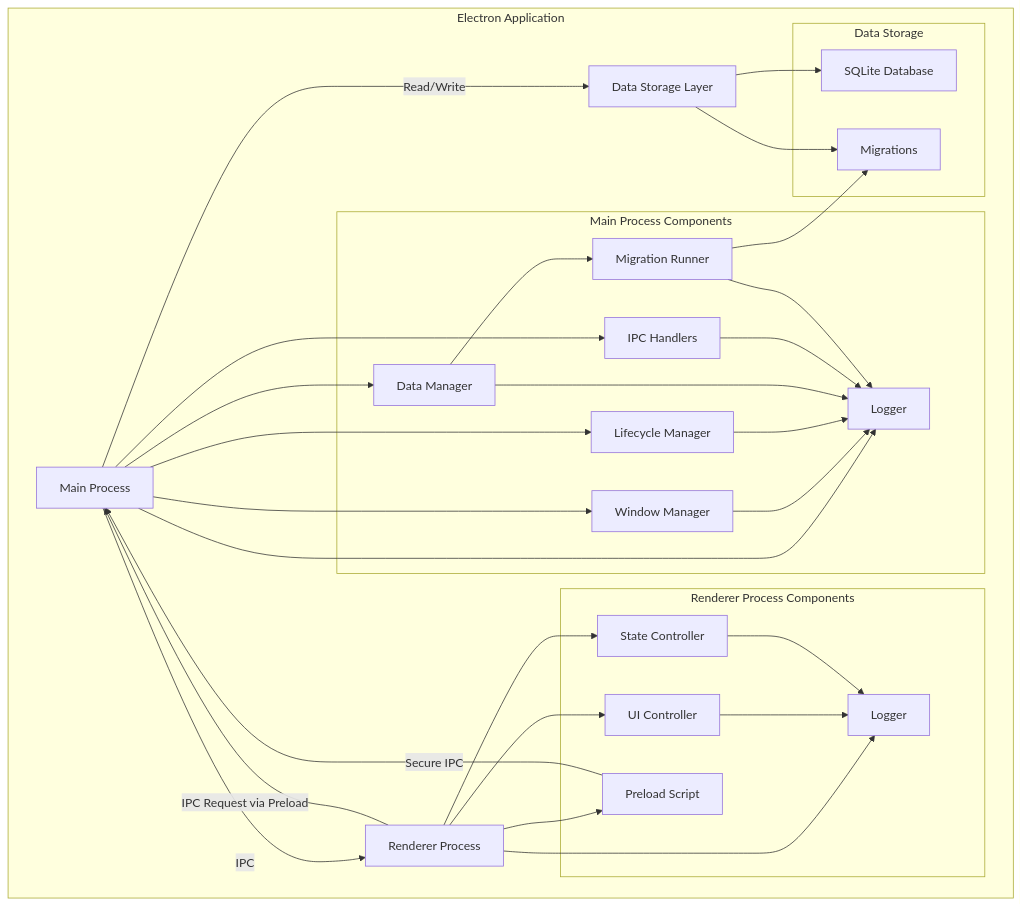
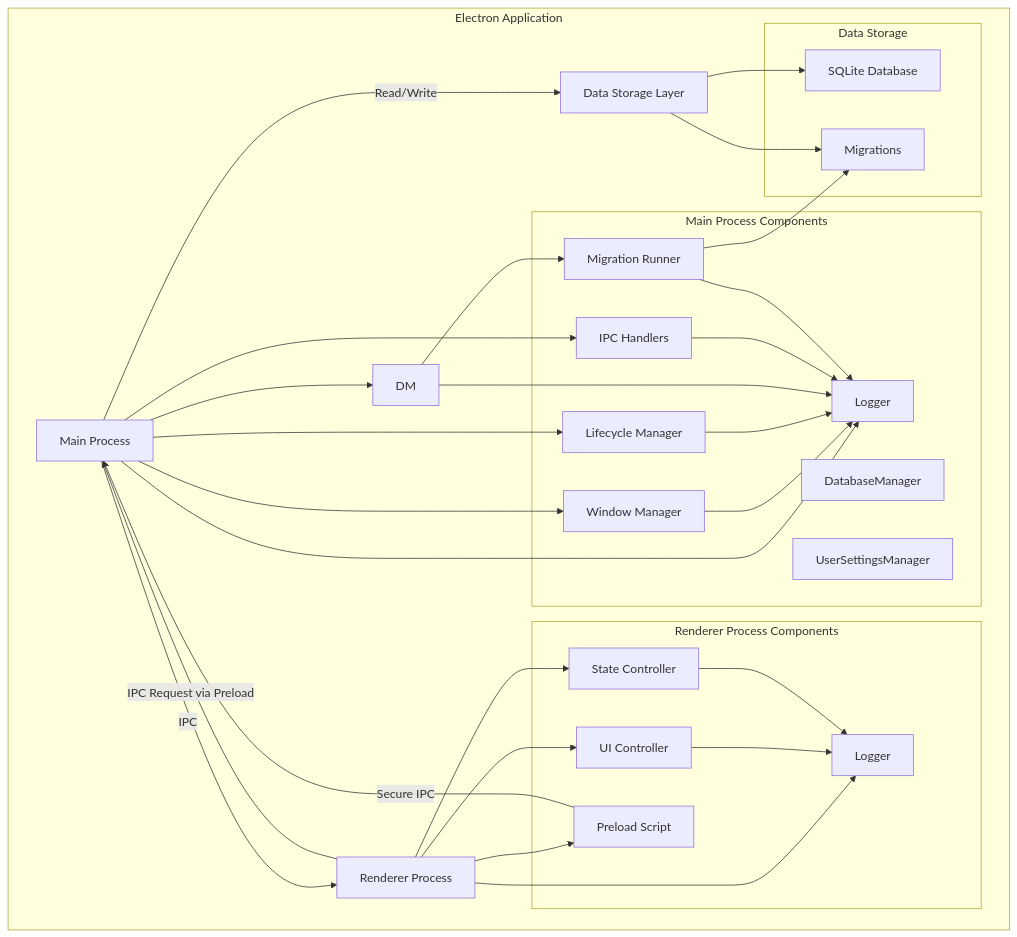
The diagram in .kiro/specs/clerkly/design.md (amogil/clerkly), drawn with Mermaid before and after one commit. The commit also changed other lines of this file and 260 other files, not shown here.

````diff
--- a/.kiro/specs/clerkly/design.md
+++ b/.kiro/specs/clerkly/design.md
@@ -46,55 +46,56 @@
 ```mermaid
 graph TB
     subgraph "Electron Application"
         MP[Main Process]
         RP[Renderer Process]
         DS[Data Storage Layer]
         
         MP -->|IPC| RP
         MP -->|Read/Write| DS
         RP -->|IPC Request via Preload| MP
         
         subgraph "Main Process Components"
             WM[Window Manager]
             LC[Lifecycle Manager]
-            DM[Data Manager]
+            DBM[DatabaseManager]
+            USM[UserSettingsManager]
             IPC[IPC Handlers]
             MR[Migration Runner]
             LOG[Logger]
         end
         
         subgraph "Renderer Process Components"
             UI[UI Controller]
             SC[State Controller]
             PL[Preload Script]
             RLOG[Logger]
         end
         
         subgraph "Data Storage"
             LD[SQLite Database]
             MG[Migrations]
         end
         
         MP --> WM
         MP --> LC
         MP --> DM
         MP --> IPC
         MP --> LOG
         DM --> MR
         RP --> UI
         RP --> SC
         RP --> PL
         RP --> RLOG
         PL -->|Secure IPC| MP
         DS --> LD
         DS --> MG
         MR --> MG
         WM --> LOG
         LC --> LOG
         DM --> LOG
         IPC --> LOG
         MR --> LOG
         UI --> RLOG
         SC --> RLOG
     end
 ```
````
